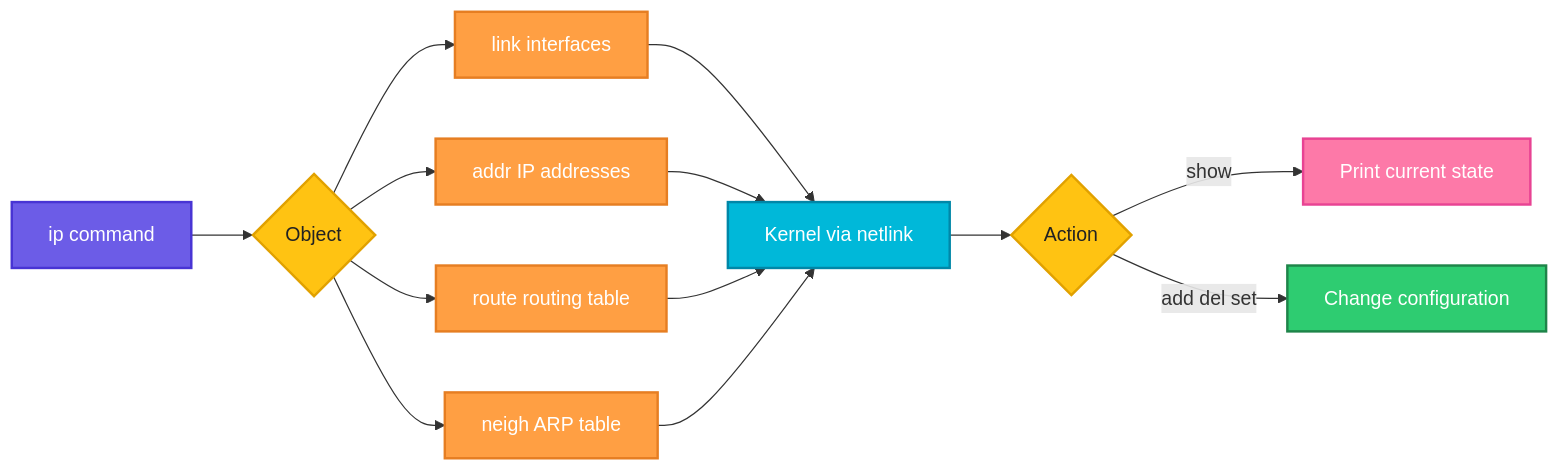
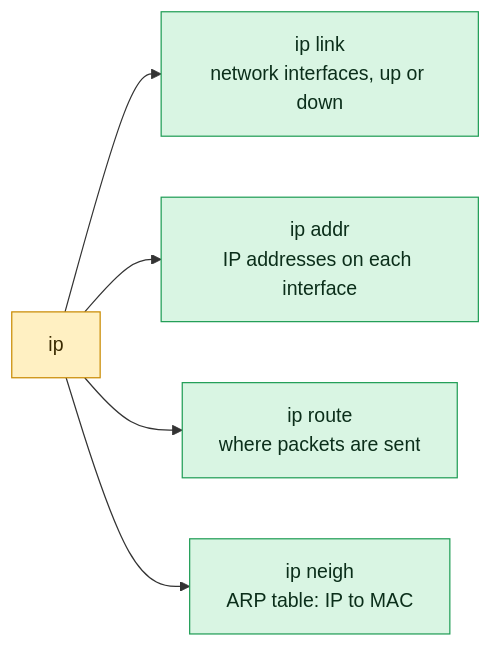
One commit to codeKerdosTech/DevOps-Documentation changed the diagram in linux/networking/ip.md. Above: the diagram before and after it, drawn with Mermaid. The commit also changed other lines of this file and 165 other files, not shown here.

Commit message:
updated diagrams in linux

````diff
--- a/linux/networking/ip.md
+++ b/linux/networking/ip.md
@@ -15,28 +15,14 @@
 ```mermaid
 flowchart LR
-    A[ip command] --> B{Object}
-    B --> C[link interfaces]
-    B --> D[addr IP addresses]
-    B --> E[route routing table]
-    B --> F[neigh ARP table]
-    C --> G[Kernel via netlink]
-    D --> G
-    E --> G
-    F --> G
-    G --> H{Action}
-    H -->|show| I[Print current state]
-    H -->|add del set| J[Change configuration]
-    classDef start fill:#6C5CE7,stroke:#4834D4,stroke-width:2px,color:#fff
-    classDef proc fill:#00B8D9,stroke:#0087A8,stroke-width:2px,color:#fff
-    classDef dec fill:#FFC312,stroke:#E1A100,stroke-width:2px,color:#222
-    classDef ok fill:#2ECC71,stroke:#1E8449,stroke-width:2px,color:#fff
-    classDef err fill:#FF4757,stroke:#C0392B,stroke-width:2px,color:#fff
-    classDef out fill:#FD79A8,stroke:#E84393,stroke-width:2px,color:#fff
-    classDef alt fill:#FF9F43,stroke:#E67E22,stroke-width:2px,color:#fff
-    class A start
-    class B,H dec
-    class C,D,E,F alt
-    class G proc
-    class I out
-    class J ok
+    c1[ip] --> o1[ip link<br/>network interfaces, up or down]
+    c1 --> o2[ip addr<br/>IP addresses on each interface]
+    c1 --> o3[ip route<br/>where packets are sent]
+    c1 --> o4[ip neigh<br/>ARP table: IP to MAC]
+    classDef inp fill:#DCEBFF,stroke:#2F6FDE,color:#10213F
+    classDef cmd fill:#FFF0C2,stroke:#C98A00,color:#3A2A00
+    classDef out fill:#D9F5E3,stroke:#1F9D55,color:#0B2E1A
+    classDef bad fill:#FDE0E0,stroke:#D13B3B,color:#4A0F0F
+    classDef note fill:#ECEFF3,stroke:#7B8794,color:#1F2933
+    class c1 cmd
+    class o1,o2,o3,o4 out
 ```
````
